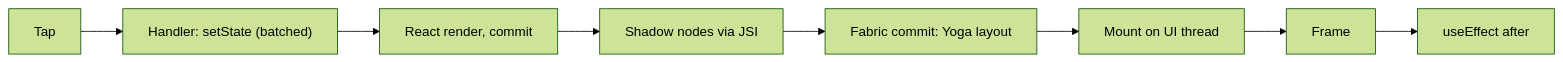
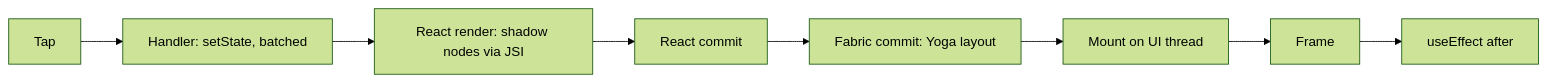
The second of 8 diagrams in react-native-v2/16-react-native-recall-map.md (Sri-Bhat/Frontend-Interview-Handbook), drawn with Mermaid (forest theme) before and after one commit. The commit also changed other lines of this file, not shown here.

First line of the commit message:
Revise recall map and clarify New Architecture details

````diff
--- a/react-native-v2/16-react-native-recall-map.md
+++ b/react-native-v2/16-react-native-recall-map.md
@@ -63,4 +64,4 @@
 ```mermaid
 flowchart LR
-  A["Tap"] --> B["Handler: setState (batched)"] --> C["React render, commit"] --> D["Shadow nodes via JSI"] --> E["Fabric commit: Yoga layout"] --> F["Mount on UI thread"] --> G["Frame"] --> H["useEffect after"]
+  A["Tap"] --> B["Handler: setState, batched"] --> C["React render: shadow nodes via JSI"] --> D["React commit"] --> E["Fabric commit: Yoga layout"] --> F["Mount on UI thread"] --> G["Frame"] --> H["useEffect after"]
 ```
````
